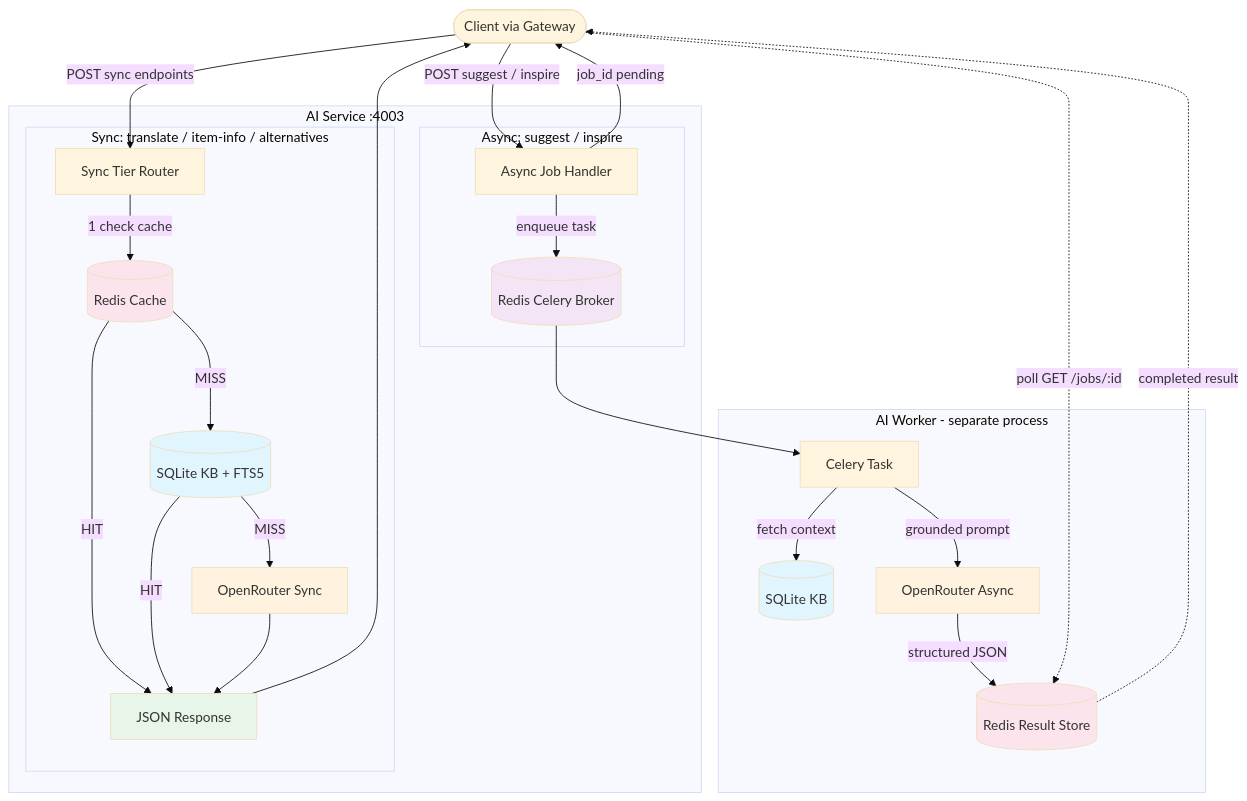
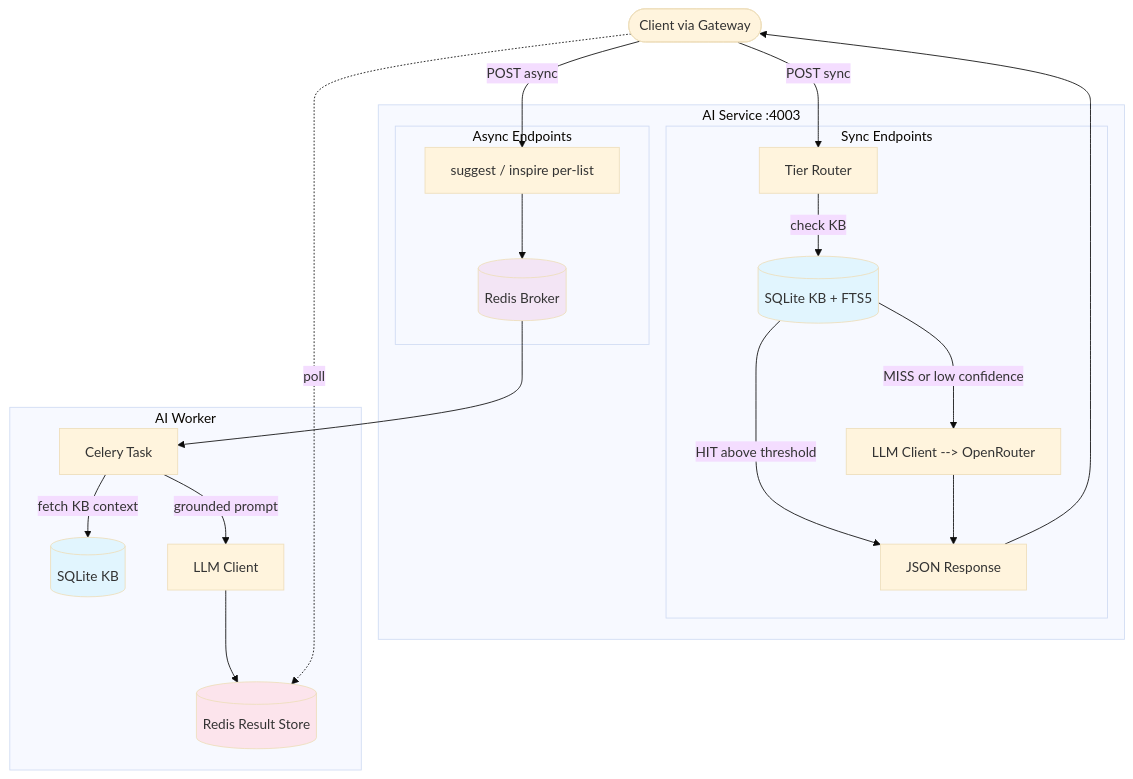
Before and after one commit to iDako7/SmartGroceryAssistant: the second of 3 diagrams in services/ai-service/docs_AI_service/phased_plan.md, drawn with Mermaid (base theme). The commit also changed other lines of this file and 12 other files, not shown here.

````diff
--- a/services/ai-service/docs_AI_service/phased_plan.md
+++ b/services/ai-service/docs_AI_service/phased_plan.md
@@ -158,57 +171,47 @@
 ```mermaid
 graph TD
     Client([Client via Gateway])
 
     subgraph AIService[AI Service :4003]
-        subgraph SyncFlow[Sync: translate / item-info / alternatives]
-            SyncRouter[Sync Tier Router]
-            Cache[(Redis Cache)]
+        subgraph SyncFlow[Sync Endpoints]
+            Router[Tier Router]
             KB[(SQLite KB + FTS5)]
-            SyncLLM[OpenRouter Sync]
-            SyncResponse[JSON Response]
+            LLM[LLM Client --> OpenRouter]
+            Response[JSON Response]
 
-            SyncRouter -->|1 check cache| Cache
-            Cache -->|HIT| SyncResponse
-            Cache -->|MISS| KB
-            KB -->|HIT| SyncResponse
-            KB -->|MISS| SyncLLM
-            SyncLLM --> SyncResponse
+            Router -->|check KB| KB
+            KB -->|HIT above threshold| Response
+            KB -->|MISS or low confidence| LLM
+            LLM --> Response
         end
 
-        subgraph AsyncFlow[Async: suggest / inspire]
-            AsyncHandler[Async Job Handler]
-            CeleryBroker[(Redis Celery Broker)]
-
-            AsyncHandler -->|enqueue task| CeleryBroker
+        subgraph AsyncFlow[Async Endpoints]
+            AsyncRoutes[suggest / inspire per-list]
+            CeleryBroker[(Redis Broker)]
+            AsyncRoutes --> CeleryBroker
         end
     end
 
-    subgraph CeleryWorker[AI Worker - separate process]
-        Worker[Celery Task]
-        KB2[(SQLite KB)]
-        LLM2[OpenRouter Async]
+    subgraph Worker[AI Worker]
+        CeleryTask[Celery Task]
+        WorkerKB[(SQLite KB)]
+        WorkerLLM[LLM Client]
         ResultStore[(Redis Result Store)]
 
-        Worker -->|fetch context| KB2
-        Worker -->|grounded prompt| LLM2
-        LLM2 -->|structured JSON| ResultStore
+        CeleryTask -->|fetch KB context| WorkerKB
+        CeleryTask -->|grounded prompt| WorkerLLM
+        WorkerLLM --> ResultStore
     end
 
-    CeleryBroker --> Worker
+    CeleryBroker --> CeleryTask
 
-    Client -->|POST sync endpoints| SyncRouter
-    SyncResponse --> Client
-    Client -->|POST suggest / inspire| AsyncHandler
-    AsyncHandler -->|job_id pending| Client
-    Client -.->|poll GET /jobs/:id| ResultStore
-    ResultStore -.->|completed result| Client
+    Client -->|POST sync| Router
+    Response --> Client
+    Client -->|POST async| AsyncRoutes
+    Client -.->|poll| ResultStore
 
-    style Cache fill:#fce4ec
     style KB fill:#e1f5fe
-    style KB2 fill:#e1f5fe
-    style SyncLLM fill:#fff3e0
-    style LLM2 fill:#fff3e0
+    style WorkerKB fill:#e1f5fe
     style CeleryBroker fill:#f3e5f5
     style ResultStore fill:#fce4ec
-    style SyncResponse fill:#e8f5e9
 ```
````
